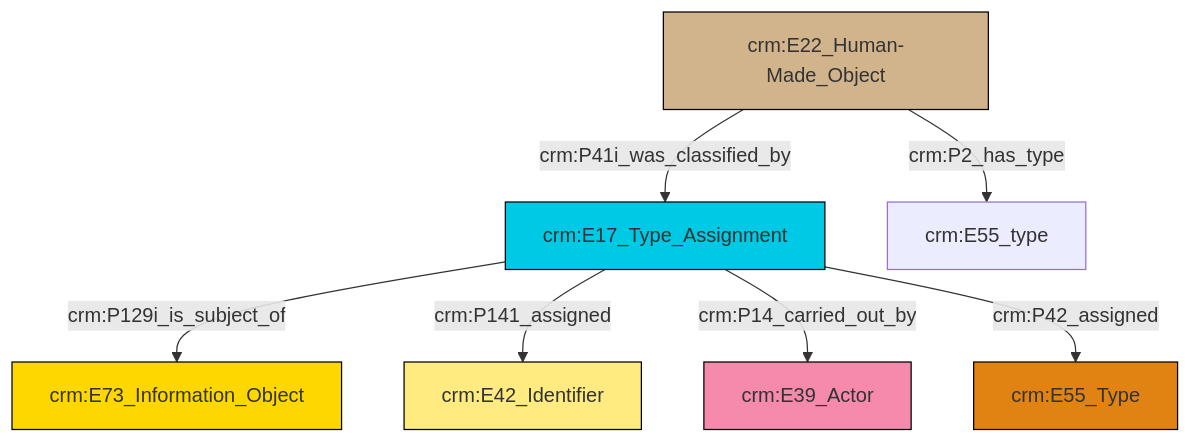
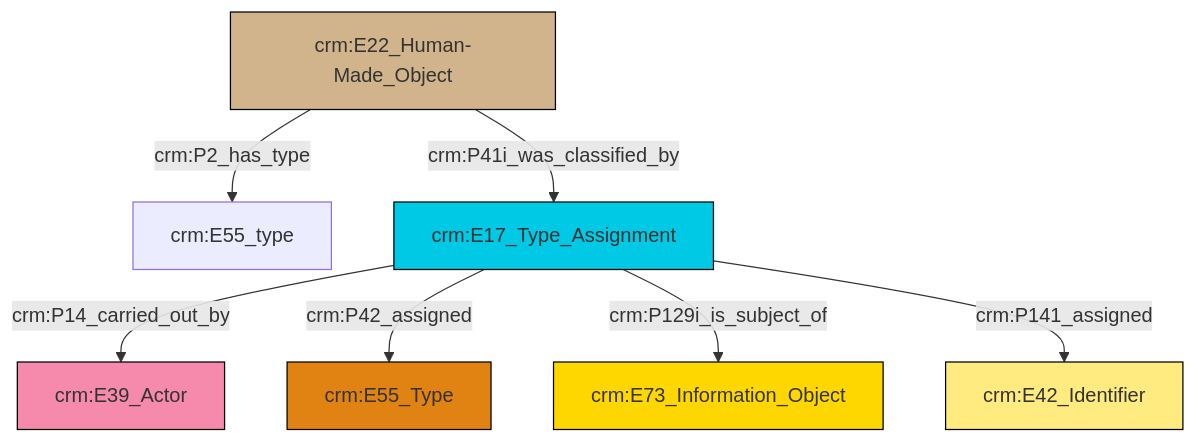
One commit to swiss-art-research-net/reference-data-models changed the diagram in et/builtWorkCSV/ttl/mmd/Built_Work_designation_status.ttl.mmd. Above: the diagram before and after it, drawn with Mermaid. The commit also changed 126 other files, not shown here.

```diff
--- a/et/builtWorkCSV/ttl/mmd/Built_Work_designation_status.ttl.mmd
+++ b/et/builtWorkCSV/ttl/mmd/Built_Work_designation_status.ttl.mmd
@@ -1,21 +1,21 @@
 graph TD
 classDef Literal fill:#f2f2f2,stroke:#000000;
 classDef CRM_Entity fill:#FFFFFF,stroke:#000000;
 classDef Temporal_Entity fill:#00C9E6, stroke:#000000;
 classDef Type fill:#E18312, stroke:#000000;
 classDef Time-Span fill:#2C9C91, stroke:#000000;
 classDef Appellation fill:#FFEB7F, stroke:#000000;
 classDef Place fill:#008836, stroke:#000000;
 classDef Persistent_Item fill:#B266B2, stroke:#000000;
 classDef Conceptual_Object fill:#FFD700, stroke:#000000;
 classDef Physical_Thing fill:#D2B48C, stroke:#000000;
 classDef Actor fill:#f58aad, stroke:#000000;
 classDef PC_Classes fill:#4ce600, stroke:#000000;
 classDef Multi fill:#cccccc,stroke:#000000;
 
-0["crm:E22_Human-Made_Object"]:::Physical_Thing -->|crm:P41i_was_classified_by| 4["crm:E17_Type_Assignment"]:::Temporal_Entity
-4["crm:E17_Type_Assignment"]:::Temporal_Entity -->|crm:P129i_is_subject_of| 2["crm:E73_Information_Object"]:::Conceptual_Object
-0["crm:E22_Human-Made_Object"]:::Physical_Thing -->|crm:P2_has_type| 5["crm:E55_type"]:::Default
-4["crm:E17_Type_Assignment"]:::Temporal_Entity -->|crm:P141_assigned| 6["crm:E42_Identifier"]:::Appellation
-4["crm:E17_Type_Assignment"]:::Temporal_Entity -->|crm:P14_carried_out_by| 7["crm:E39_Actor"]:::Actor
-4["crm:E17_Type_Assignment"]:::Temporal_Entity -->|crm:P42_assigned| 9["crm:E55_Type"]:::Type
+4["crm:E22_Human-Made_Object"]:::Physical_Thing -->|crm:P41i_was_classified_by| 5["crm:E17_Type_Assignment"]:::Temporal_Entity
+5["crm:E17_Type_Assignment"]:::Temporal_Entity -->|crm:P14_carried_out_by| 9["crm:E39_Actor"]:::Actor
+5["crm:E17_Type_Assignment"]:::Temporal_Entity -->|crm:P42_assigned| 10["crm:E55_Type"]:::Type
+5["crm:E17_Type_Assignment"]:::Temporal_Entity -->|crm:P129i_is_subject_of| 2["crm:E73_Information_Object"]:::Conceptual_Object
+5["crm:E17_Type_Assignment"]:::Temporal_Entity -->|crm:P141_assigned| 7["crm:E42_Identifier"]:::Appellation
+4["crm:E22_Human-Made_Object"]:::Physical_Thing -->|crm:P2_has_type| 0["crm:E55_type"]:::Default
```
